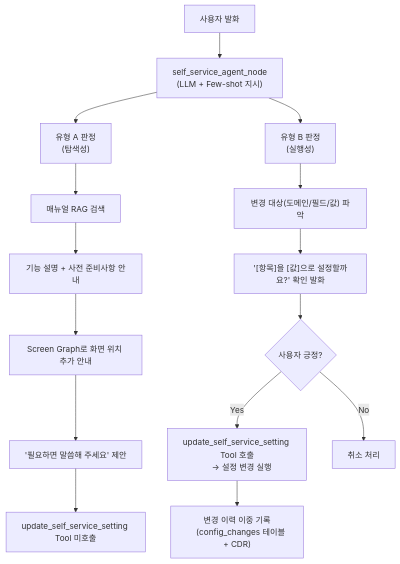
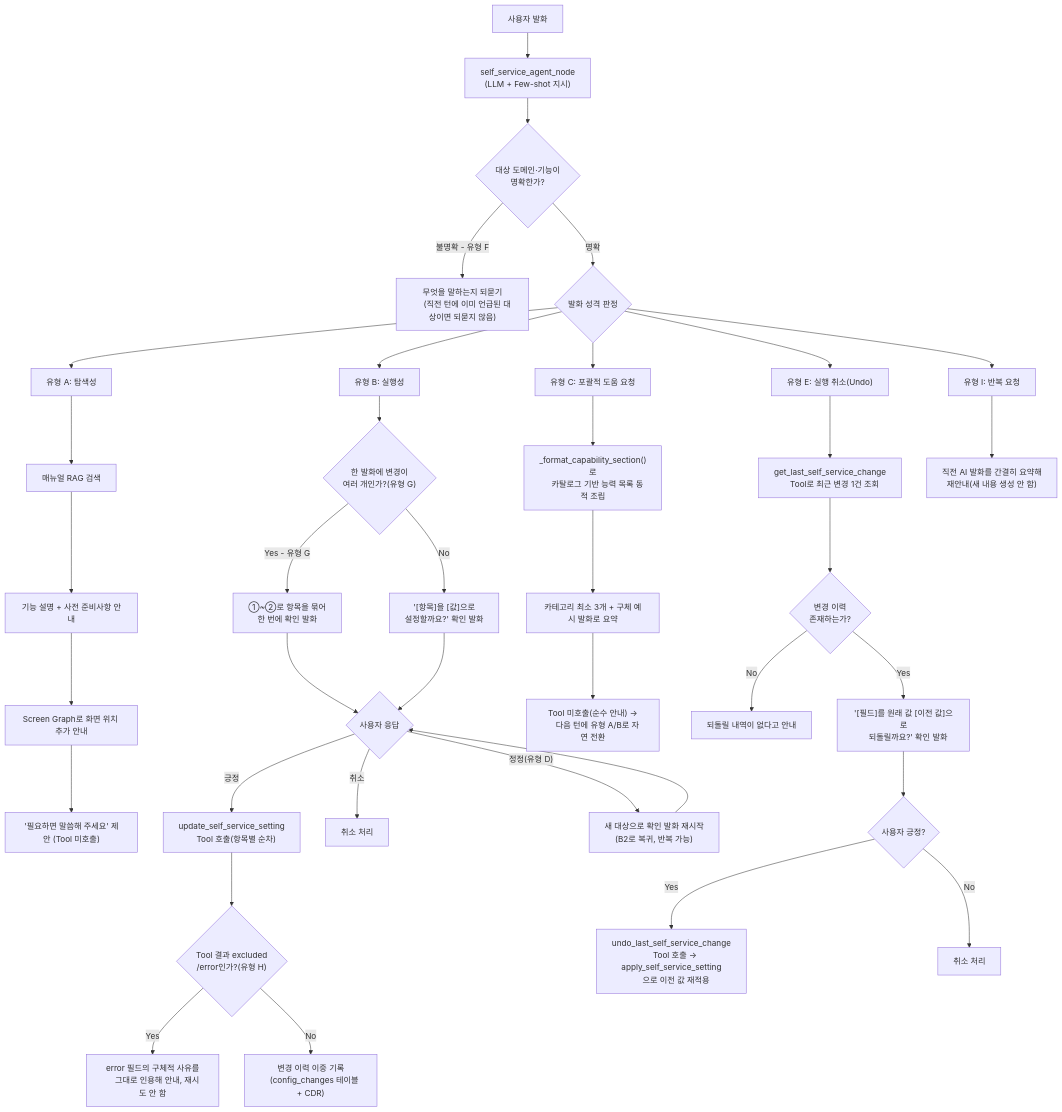
Before and after one commit to hak023/sip_pbx: the second of 4 diagrams in docs/presentation/self-service-ai-assistant-introduction.md, drawn with Mermaid. The commit also changed other lines of this file, not shown here.

Commit message:
docs: update self-service AI assistant presentation (IntelliDecision D-I, dynamic capability section)

````diff
--- a/docs/presentation/self-service-ai-assistant-introduction.md
+++ b/docs/presentation/self-service-ai-assistant-introduction.md
@@ -338,24 +391,68 @@
 ```mermaid
 flowchart TD
     U["사용자 발화"] --> LLM["self_service_agent_node
     (LLM + Few-shot 지시)"]
-    LLM --> TypeA["유형 A 판정
-    (탐색성)"]
-    LLM --> TypeB["유형 B 판정
-    (실행성)"]
+
+    LLM --> TypeF{"대상 도메인·기능이
+    명확한가?"}
+    TypeF -->|불명확 - 유형 F| F1["무엇을 말하는지 되묻기
+    (직전 턴에 이미 언급된 대상이면 되묻지 않음)"]
+
+    TypeF -->|명확| TypeRoute{"발화 성격 판정"}
+
+    TypeRoute --> TypeA["유형 A: 탐색성"]
+    TypeRoute --> TypeB["유형 B: 실행성"]
+    TypeRoute --> TypeC["유형 C: 포괄적 도움 요청"]
+    TypeRoute --> TypeE["유형 E: 실행 취소(Undo)"]
+    TypeRoute --> TypeI["유형 I: 반복 요청"]
 
     TypeA --> A1["매뉴얼 RAG 검색"]
     A1 --> A2["기능 설명 + 사전 준비사항 안내"]
     A2 --> A3["Screen Graph로 화면 위치 추가 안내"]
-    A3 --> A4["'필요하면 말씀해 주세요' 제안"]
-    A4 --> A5["update_self_service_setting Tool 미호출"]
+    A3 --> A4["'필요하면 말씀해 주세요' 제안 (Tool 미호출)"]
 
-    TypeB --> B1["변경 대상(도메인/필드/값) 파악"]
-    B1 --> B2["'[항목]을 [값]으로 설정할까요?' 확인 발화"]
-    B2 --> B3{사용자 긍정?}
-    B3 -->|Yes| B4["update_self_service_setting Tool 호출
-    → 설정 변경 실행"]
-    B3 -->|No| B5["취소 처리"]
-    B4 --> B6["변경 이력 이중 기록
+    TypeB --> B1{"한 발화에 변경이
+    여러 개인가?(유형 G)"}
+    B1 -->|Yes - 유형 G| BG["①~②로 항목을 묶어
+    한 번에 확인 발화"]
+    B1 -->|No| B2["'[항목]을 [값]으로
+    설정할까요?' 확인 발화"]
+    BG --> B3
+    B2 --> B3{사용자 응답}
+
+    B3 -->|긍정| B4["update_self_service_setting
+    Tool 호출(항목별 순차)"]
+    B3 -->|취소| B5["취소 처리"]
+    B3 -->|"정정(유형 D)"| B6["새 대상으로 확인 발화 재시작
+    (B2로 복귀, 반복 가능)"]
+    B6 --> B3
+
+    B4 --> B7{"Tool 결과 excluded
+    /error인가?(유형 H)"}
+    B7 -->|Yes| B8["error 필드의 구체적 사유를
+    그대로 인용해 안내, 재시도 안 함"]
+    B7 -->|No| B9["변경 이력 이중 기록
     (config_changes 테이블 + CDR)"]
+
+    TypeC --> C1["_format_capability_section()로
+    카탈로그 기반 능력 목록 동적 조립"]
+    C1 --> C2["카테고리 최소 3개 + 구체 예시 발화로 요약"]
+    C2 --> C3["Tool 미호출(순수 안내) →
+    다음 턴에 유형 A/B로 자연 전환"]
+
+    TypeE --> E1["get_last_self_service_change
+    Tool로 최근 변경 1건 조회"]
+    E1 --> E2{"변경 이력
+    존재하는가?"}
+    E2 -->|No| E3["되돌릴 내역이 없다고 안내"]
+    E2 -->|Yes| E4["'[필드]를 원래 값 [이전 값]으로
+    되돌릴까요?' 확인 발화"]
+    E4 --> E5{사용자 긍정?}
+    E5 -->|Yes| E6["undo_last_self_service_change
+    Tool 호출 → apply_self_service_setting
+    으로 이전 값 재적용"]
+    E5 -->|No| E3b["취소 처리"]
+
+    TypeI --> I1["직전 AI 발화를 간결히 요약해
+    재안내(새 내용 생성 안 함)"]
 ```
````
